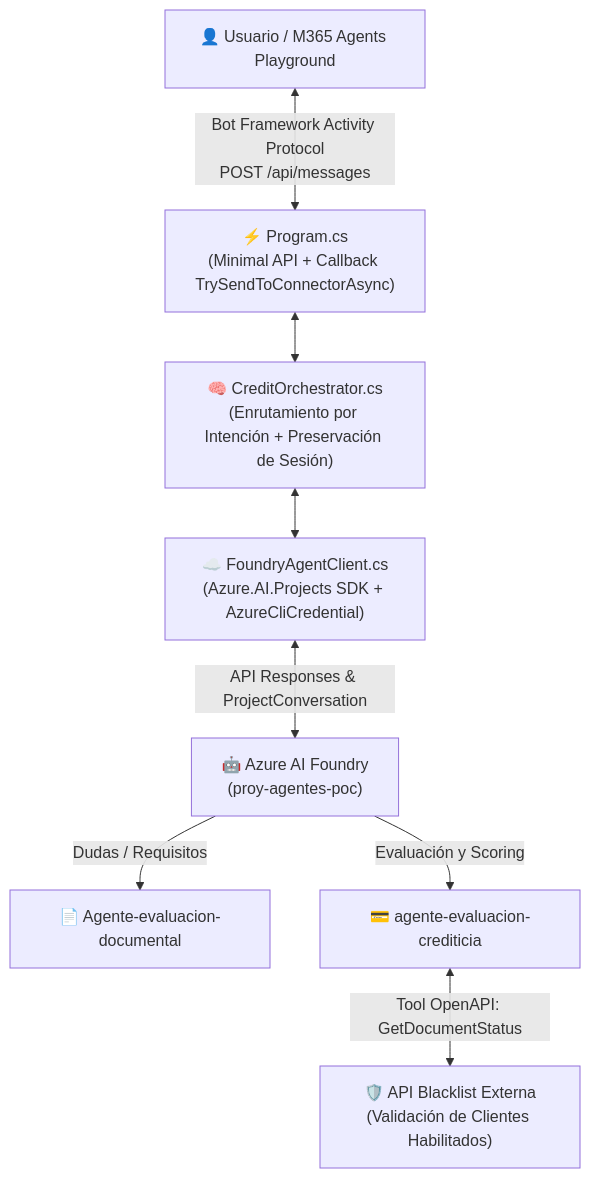
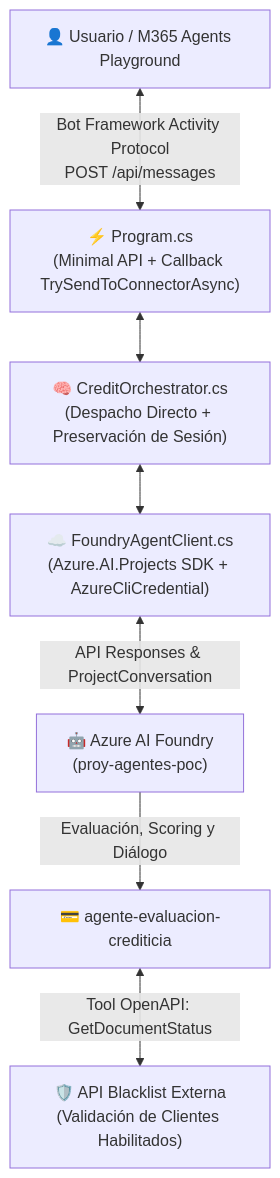
Before and after one commit to Edinsondamian/AGNT-webapp-orchestrator: the diagram in README.md, drawn with Mermaid. The commit also changed other lines of this file and 1 other file, not shown here.

Commit message:
refactor: adoptar arquitectura 100% agentica sin regex en CreditOrchestrator y actualizar README

````diff
--- a/README.md
+++ b/README.md
@@ -41,10 +42,9 @@
 ```mermaid
 flowchart TD
     A["👤 Usuario / M365 Agents Playground"] <-->|"Bot Framework Activity Protocol<br/>POST /api/messages"| B["⚡ Program.cs<br/>(Minimal API + Callback TrySendToConnectorAsync)"]
-    B <--> C["🧠 CreditOrchestrator.cs<br/>(Enrutamiento por Intención + Preservación de Sesión)"]
+    B <--> C["🧠 CreditOrchestrator.cs<br/>(Despacho Directo + Preservación de Sesión)"]
     C <--> D["☁️ FoundryAgentClient.cs<br/>(Azure.AI.Projects SDK + AzureCliCredential)"]
     D <-->|"API Responses & ProjectConversation"| E["🤖 Azure AI Foundry<br/>(proy-agentes-poc)"]
-    E -->|"Dudas / Requisitos"| F["📄 Agente-evaluacion-documental"]
-    E -->|"Evaluación y Scoring"| G["💳 agente-evaluacion-crediticia"]
-    G <-->|"Tool OpenAPI: GetDocumentStatus"| H["🛡️ API Blacklist Externa<br/>(Validación de Clientes Habilitados)"]
+    E -->|"Evaluación, Scoring y Diálogo"| F["💳 agente-evaluacion-crediticia"]
+    F <-->|"Tool OpenAPI: GetDocumentStatus"| G["🛡️ API Blacklist Externa<br/>(Validación de Clientes Habilitados)"]
 ```
````
